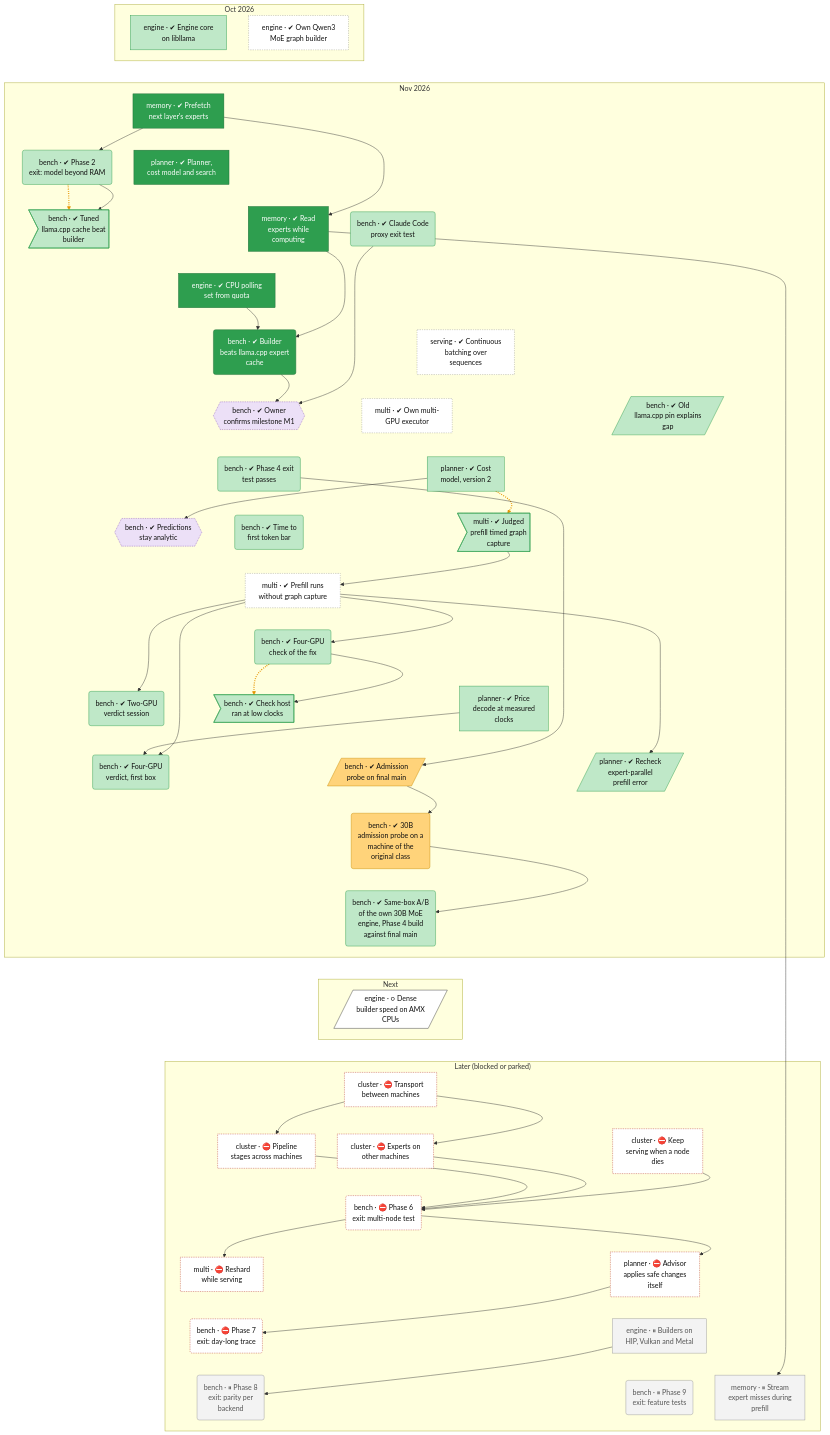
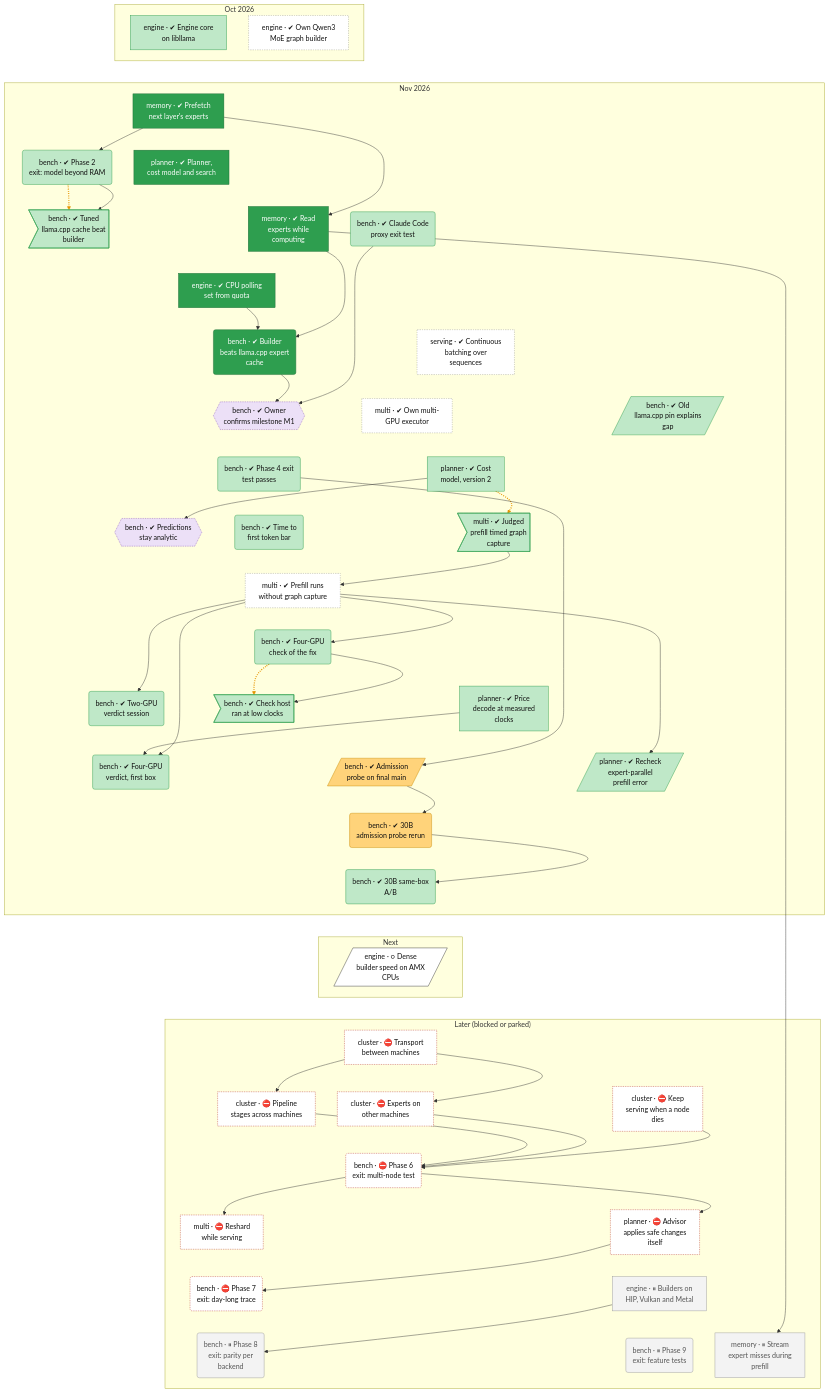
Before and after one commit to lhns/tetraeder: the second of 2 diagrams in docs/roadmap.md, drawn with Mermaid. The commit also changed other lines of this file and 5 other files, not shown here.

Commit message:
M2 report: decision 4 is whether the A/B stands in for the 30B half of the D2a probe; margin arithmetic; m2-plan and bench-m2-report current

```diff
--- a/docs/roadmap.md
+++ b/docs/roadmap.md
@@ -131,8 +131,8 @@
         bench_d2a_probe[/"bench · ✔ Admission<br/>probe on final main"/]
         bench_v4a_verdict("bench · ✔ Four-GPU<br/>verdict, first box")
         planner_ep_prefill_recheck[/"planner · ✔ Recheck<br/>expert-parallel<br/>prefill error"/]
-        bench_d2a_30b("bench · ✔ 30B<br/>admission probe on a<br/>machine of the<br/>original class")
-        bench_ab30b("bench · ✔ Same-box A/B<br/>of the own 30B MoE<br/>engine, Phase 4 build<br/>against final main")
+        bench_d2a_30b("bench · ✔ 30B<br/>admission probe rerun")
+        bench_ab30b("bench · ✔ 30B same-box<br/>A/B")
     end
     subgraph bd_2["Next"]
         engine_dense_amx[/"engine · ○ Dense<br/>builder speed on AMX<br/>CPUs"/]
```
